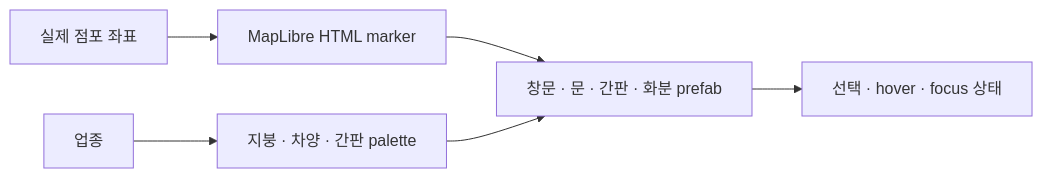
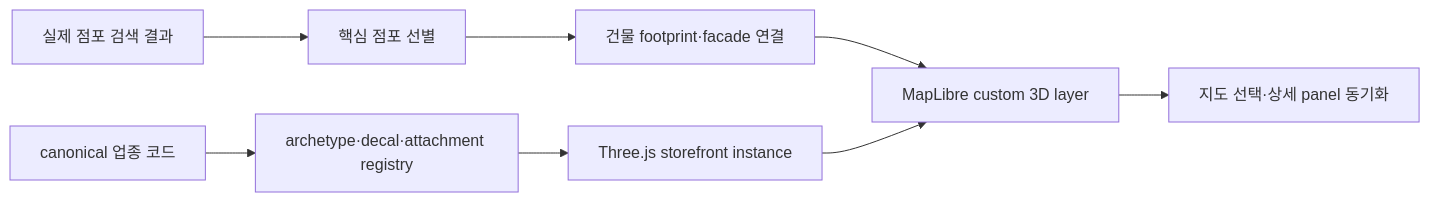
The second of 2 diagrams in docs/features/market-map-experience.md (Mureung1/hub-showcase), drawn with Mermaid before and after one commit. The commit also changed other lines of this file and 2 other files, not shown here.

First line of the commit message:
docs(map): specify stylized storefront asset system

````diff
--- a/docs/features/market-map-experience.md
+++ b/docs/features/market-map-experience.md
@@ -181,8 +192,10 @@
 ```mermaid
 flowchart LR
-  point["실제 점포 좌표"] --> marker["MapLibre HTML marker"]
-  category["업종"] --> palette["지붕 · 차양 · 간판 palette"]
-  marker --> prefab["창문 · 문 · 간판 · 화분 prefab"]
-  palette --> prefab
-  prefab --> selection["선택 · hover · focus 상태"]
+  source["실제 점포 검색 결과"] --> select["핵심 점포 선별"]
+  select --> link["건물 footprint·facade 연결"]
+  category["canonical 업종 코드"] --> registry["archetype·decal·attachment registry"]
+  link --> layer["MapLibre custom 3D layer"]
+  registry --> asset["Three.js storefront instance"]
+  asset --> layer
+  layer --> sync["지도 선택·상세 panel 동기화"]
 ```
````
